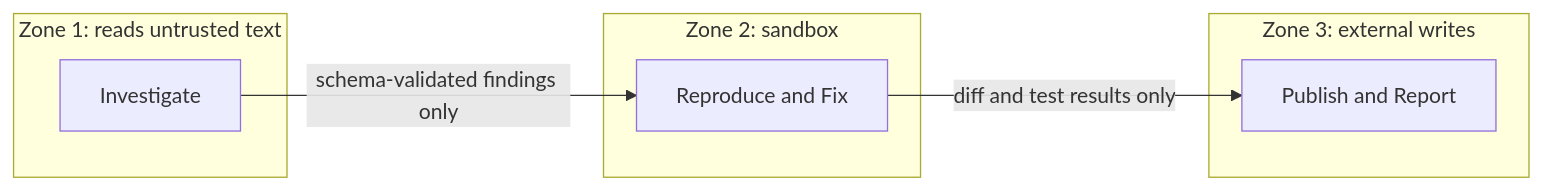
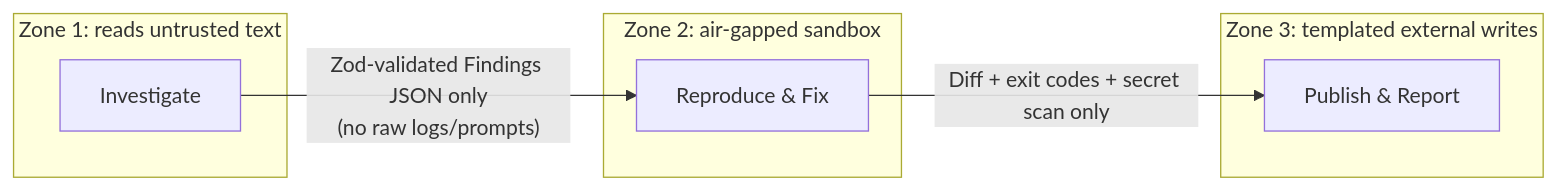
One commit to ronitrai27/AgentWatchDog changed the third of 6 diagrams in Architecture.md. Above: the diagram before and after it, drawn with Mermaid. The commit also changed other lines of this file and 28 other files, not shown here.

Commit message:
design and flow.

````diff
--- a/Architecture.md
+++ b/Architecture.md
@@ -158,14 +215,14 @@
 ```mermaid
 flowchart LR
     subgraph Z1["Zone 1: reads untrusted text"]
         I["Investigate"]
     end
-    subgraph Z2["Zone 2: sandbox"]
-        F["Reproduce and Fix"]
+    subgraph Z2["Zone 2: air-gapped sandbox"]
+        F["Reproduce & Fix"]
     end
-    subgraph Z3["Zone 3: external writes"]
-        P["Publish and Report"]
+    subgraph Z3["Zone 3: templated external writes"]
+        P["Publish & Report"]
     end
-    I -->|"schema-validated findings only"| F
-    F -->|"diff and test results only"| P
+    I -->|"Zod-validated Findings JSON only<br/>(no raw logs/prompts)"| F
+    F -->|"Diff + exit codes + secret scan only"| P
 ```
````
